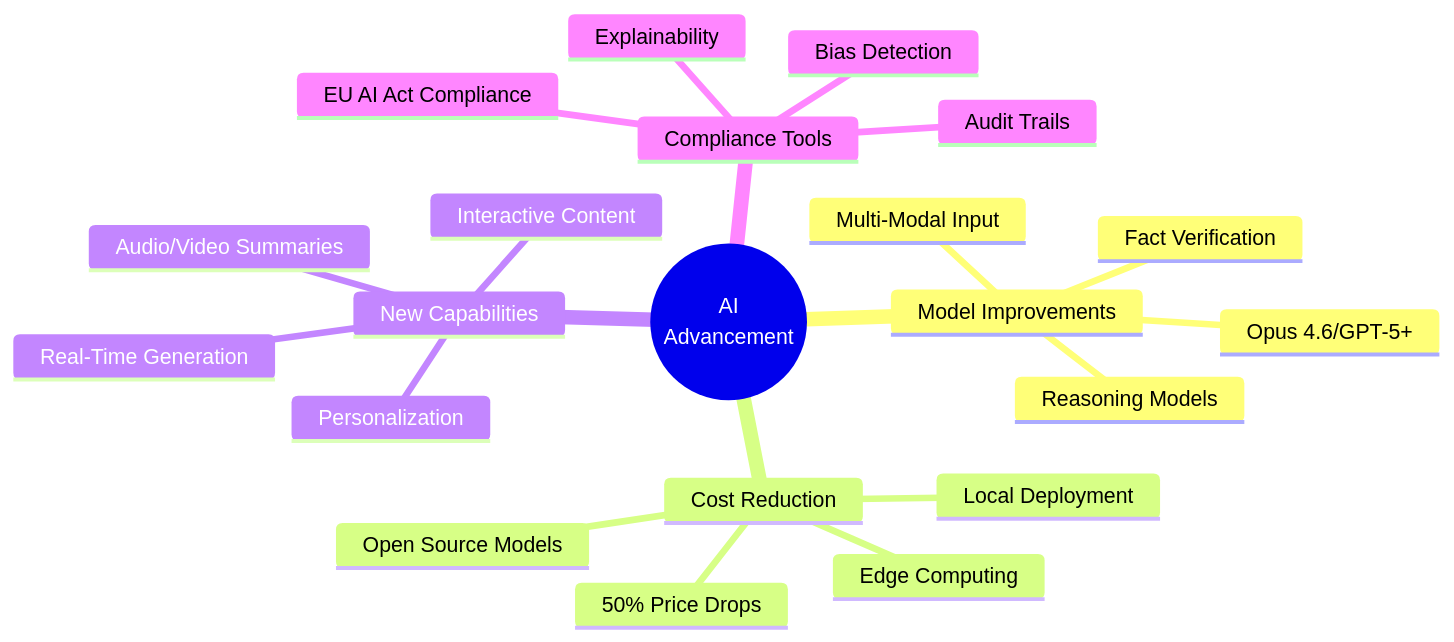
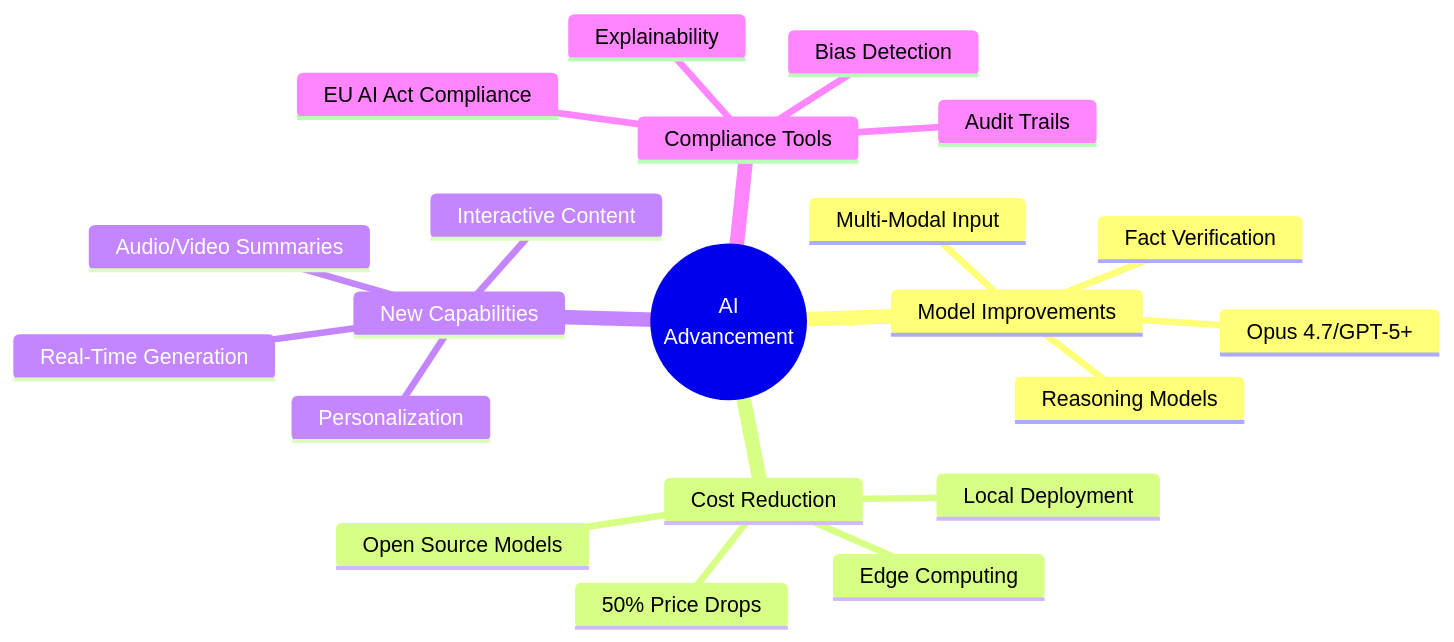
Before and after one commit to Hack23/euparliamentmonitor: the fourth of 6 diagrams in SWOT.md, drawn with Mermaid. The commit also changed 50 other files, not shown here.

````diff
--- a/SWOT.md
+++ b/SWOT.md
@@ -665,24 +665,24 @@
 ```mermaid
 mindmap
   root((AI<br/>Advancement))
     Model Improvements
-      Opus 4.6/GPT-5+
+      Opus 4.7/GPT-5+
       Reasoning Models
       Multi-Modal Input
       Fact Verification
     Cost Reduction
       50% Price Drops
       Open Source Models
       Local Deployment
       Edge Computing
     New Capabilities
       Real-Time Generation
       Interactive Content
       Personalization
       Audio/Video Summaries
     Compliance Tools
       EU AI Act Compliance
       Bias Detection
       Explainability
       Audit Trails
 ```
````
